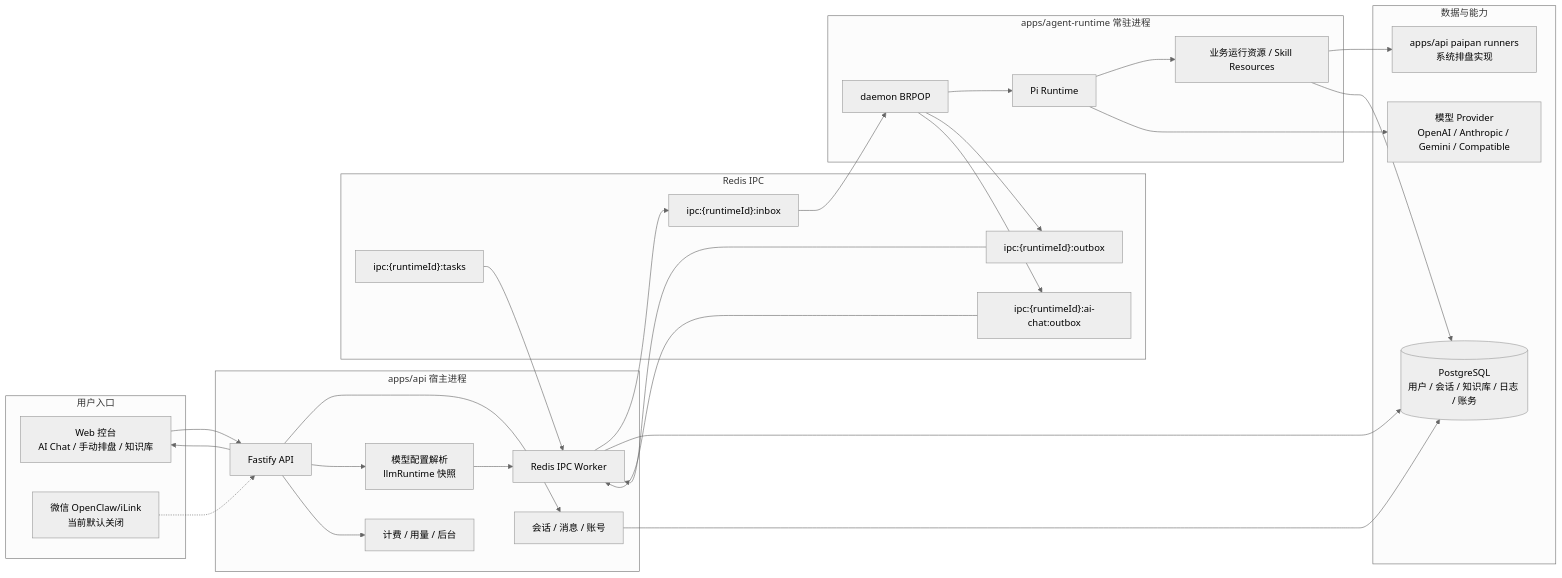
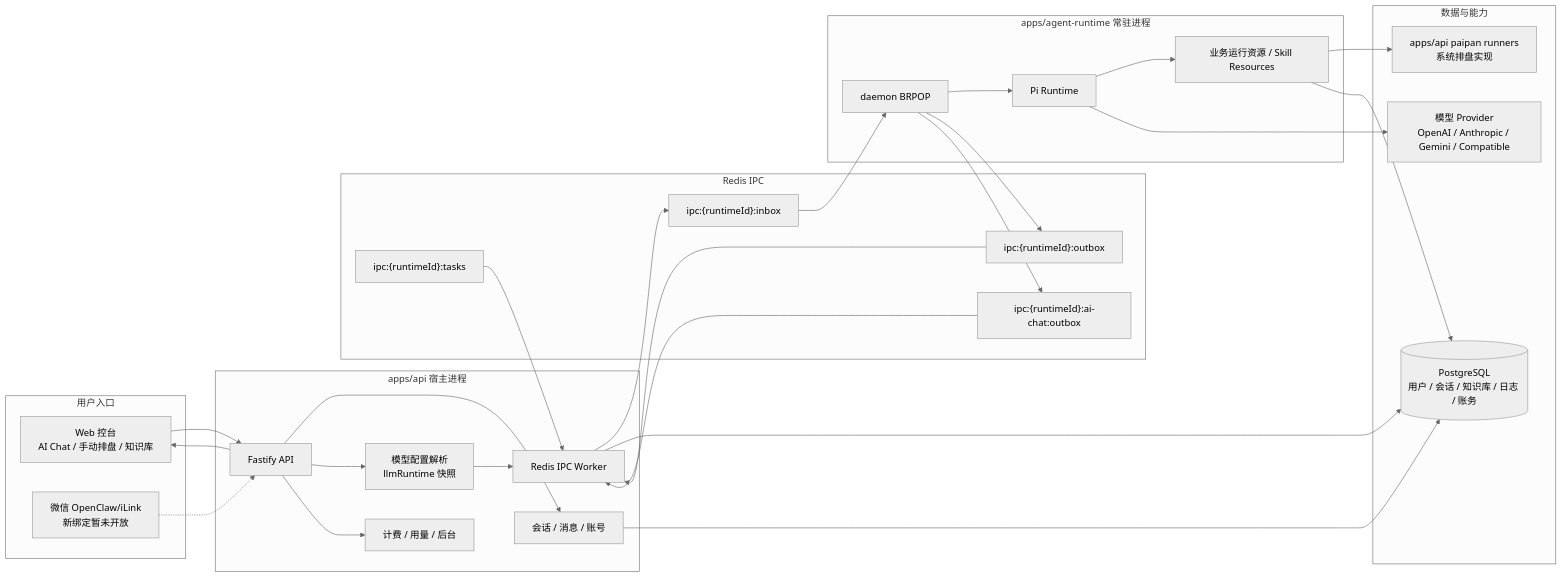
The first of 3 diagrams in README.md (Coaixy/FateClaw), drawn with Mermaid (neutral theme) before and after one commit. The commit also changed other lines of this file and 13 other files, not shown here.

````diff
--- a/README.md
+++ b/README.md
@@ -21,56 +21,56 @@
 ```mermaid
 flowchart LR
   subgraph Client["用户入口"]
     Web["Web 控台<br/>AI Chat / 手动排盘 / 知识库"]
-    WeChat["微信 OpenClaw/iLink<br/>当前默认关闭"]
+    WeChat["微信 OpenClaw/iLink<br/>新绑定暂未开放"]
   end
 
   subgraph Host["apps/api 宿主进程"]
     Fastify["Fastify API"]
     Session["会话 / 消息 / 账号"]
     Runtime["模型配置解析<br/>llmRuntime 快照"]
     Billing["计费 / 用量 / 后台"]
     IpcWorker["Redis IPC Worker"]
   end
 
   subgraph Redis["Redis IPC"]
     Inbox["ipc:{runtimeId}:inbox"]
     Outbox["ipc:{runtimeId}:outbox"]
     AiOutbox["ipc:{runtimeId}:ai-chat:outbox"]
     TaskQueue["ipc:{runtimeId}:tasks"]
   end
 
   subgraph Agent["apps/agent-runtime 常驻进程"]
     Daemon["daemon BRPOP"]
     Kernel["Pi Runtime"]
     Tools["业务运行资源 / Skill Resources"]
   end
 
   subgraph Data["数据与能力"]
     PG[("PostgreSQL<br/>用户 / 会话 / 知识库 / 日志 / 账务")]
     PaipanRuntime["apps/api paipan runners<br/>系统排盘实现"]
     LLM["模型 Provider<br/>OpenAI / Anthropic / Gemini / Compatible"]
   end
 
   Web --> Fastify
   WeChat -.-> Fastify
   Fastify --> Session
   Fastify --> Runtime
   Fastify --> Billing
   Session --> PG
   Runtime --> IpcWorker
   IpcWorker --> Inbox
   Inbox --> Daemon
   Daemon --> Kernel
   Kernel --> Tools
   Tools --> PaipanRuntime
   Tools --> PG
   Kernel --> LLM
   Daemon --> Outbox
   Daemon --> AiOutbox
   Outbox --> IpcWorker
   AiOutbox --> IpcWorker
   TaskQueue --> IpcWorker
   IpcWorker --> PG
   Fastify --> Web
 ```
````
